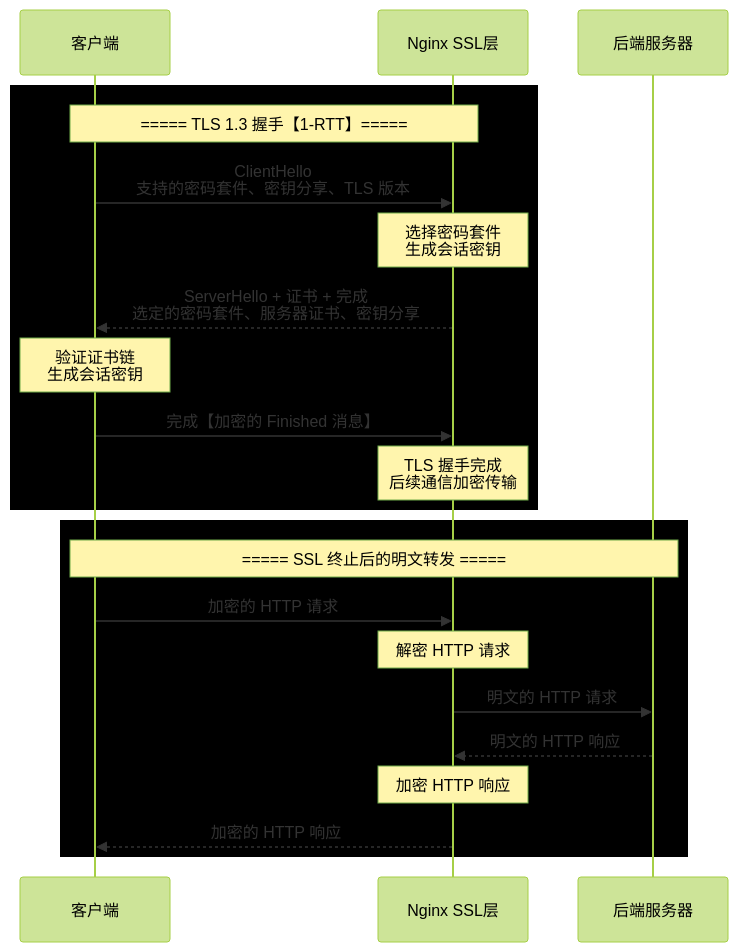
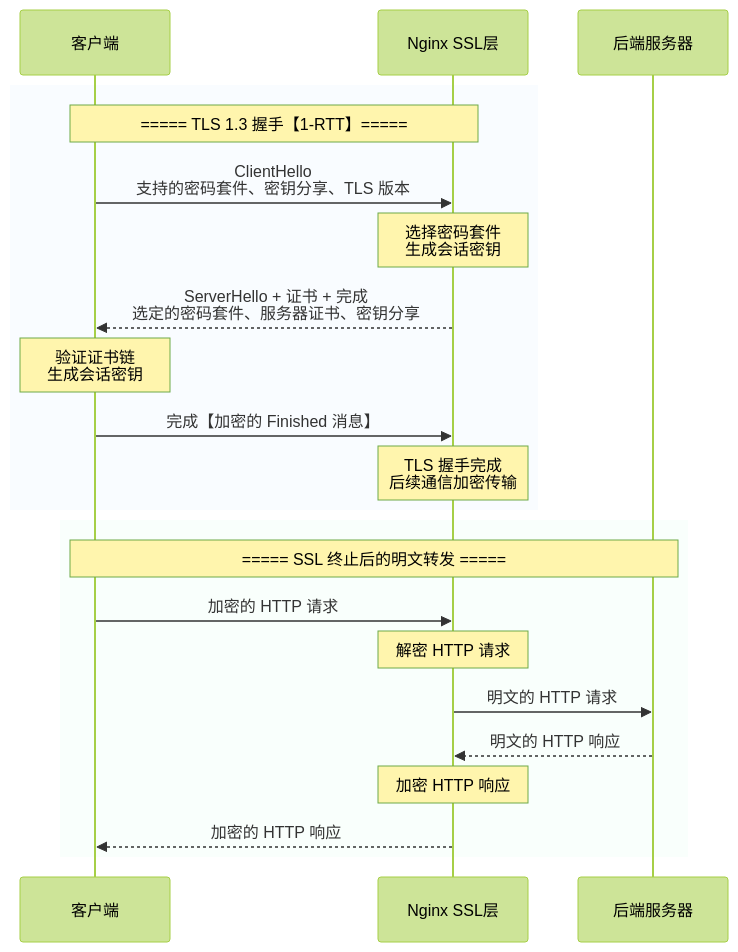
Before and after one commit to AH23333/Blog: diagram 14 of 24 in src/content/philes/volume-1/Java-Backend/Nginx反向代理深度解析.md, drawn with Mermaid (forest theme). The commit also changed other lines of this file and 17 other files, not shown here.

Commit message:
修复所有已知bug（mermaid渲染、表格识别），添加错误总结经验，暂时保留测试文件，准备考虑优化性能与重构

````diff
--- a/src/content/philes/volume-1/Java-Backend/Nginx反向代理深度解析.md
+++ b/src/content/philes/volume-1/Java-Backend/Nginx反向代理深度解析.md
@@ -1074,26 +1071,26 @@
 ```mermaid
 sequenceDiagram
     participant CLIENT as 客户端
     participant NGINX as Nginx SSL层
     participant BACKEND as 后端服务器
 
-    rect rgba【240, 248, 255, 0.4】
+    rect rgba(240, 248, 255, 0.4)
     Note over CLIENT,NGINX: ===== TLS 1.3 握手【1-RTT】=====
     CLIENT->>NGINX: ClientHello<br/>支持的密码套件、密钥分享、TLS 版本
     Note over NGINX: 选择密码套件<br/>生成会话密钥
     NGINX-->>CLIENT: ServerHello + 证书 + 完成<br/>选定的密码套件、服务器证书、密钥分享
     Note over CLIENT: 验证证书链<br/>生成会话密钥
     CLIENT->>NGINX: 完成【加密的 Finished 消息】
     Note over NGINX: TLS 握手完成<br/>后续通信加密传输
     end
 
-    rect rgba【240, 255, 248, 0.4】
+    rect rgba(240, 255, 248, 0.4)
     Note over CLIENT,BACKEND: ===== SSL 终止后的明文转发 =====
     CLIENT->>NGINX: 加密的 HTTP 请求
     Note over NGINX: 解密 HTTP 请求
     NGINX->>BACKEND: 明文的 HTTP 请求
     BACKEND-->>NGINX: 明文的 HTTP 响应
     Note over NGINX: 加密 HTTP 响应
     NGINX-->>CLIENT: 加密的 HTTP 响应
     end
 ```
````
